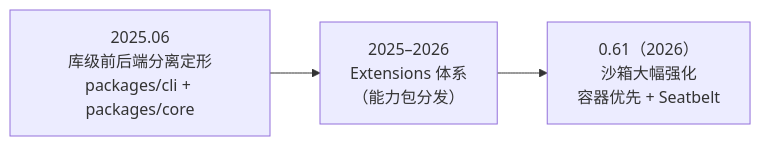
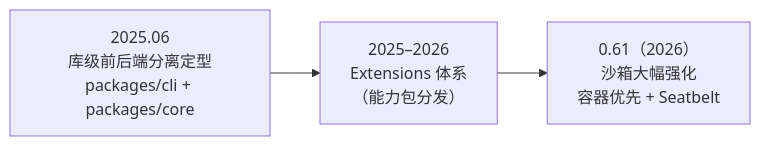
Before and after one commit to chongyi/deep-dive-agents: the first of 2 diagrams in src/part2/ch16-gemini-cli-and-aider.md, drawn with Mermaid. The commit also changed other lines of this file and 14 other files, not shown here.

````diff
--- a/src/part2/ch16-gemini-cli-and-aider.md
+++ b/src/part2/ch16-gemini-cli-and-aider.md
@@ -11,5 +11,5 @@
 ```mermaid
 flowchart LR
-    a["2025.06<br/>库级前后端分离定形<br/>packages/cli + packages/core"] --> b["2025–2026<br/>Extensions 体系<br/>（能力包分发）"]
+    a["2025.06<br/>库级前后端分离定型<br/>packages/cli + packages/core"] --> b["2025–2026<br/>Extensions 体系<br/>（能力包分发）"]
     b --> c["0.61（2026）<br/>沙箱大幅强化<br/>容器优先 + Seatbelt"]
 ```
````
